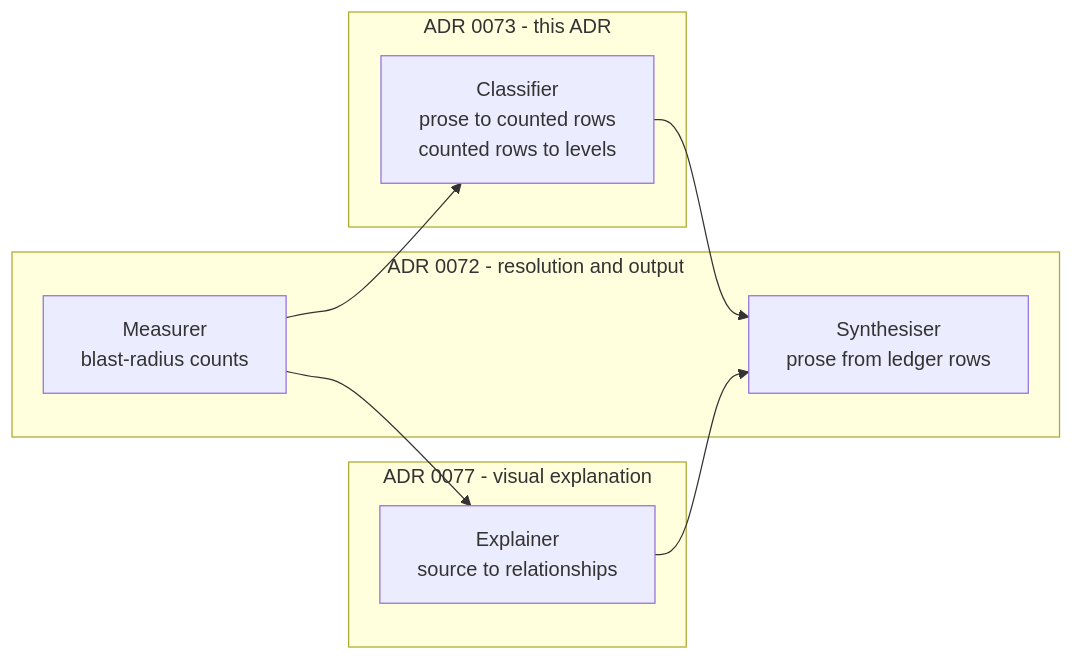
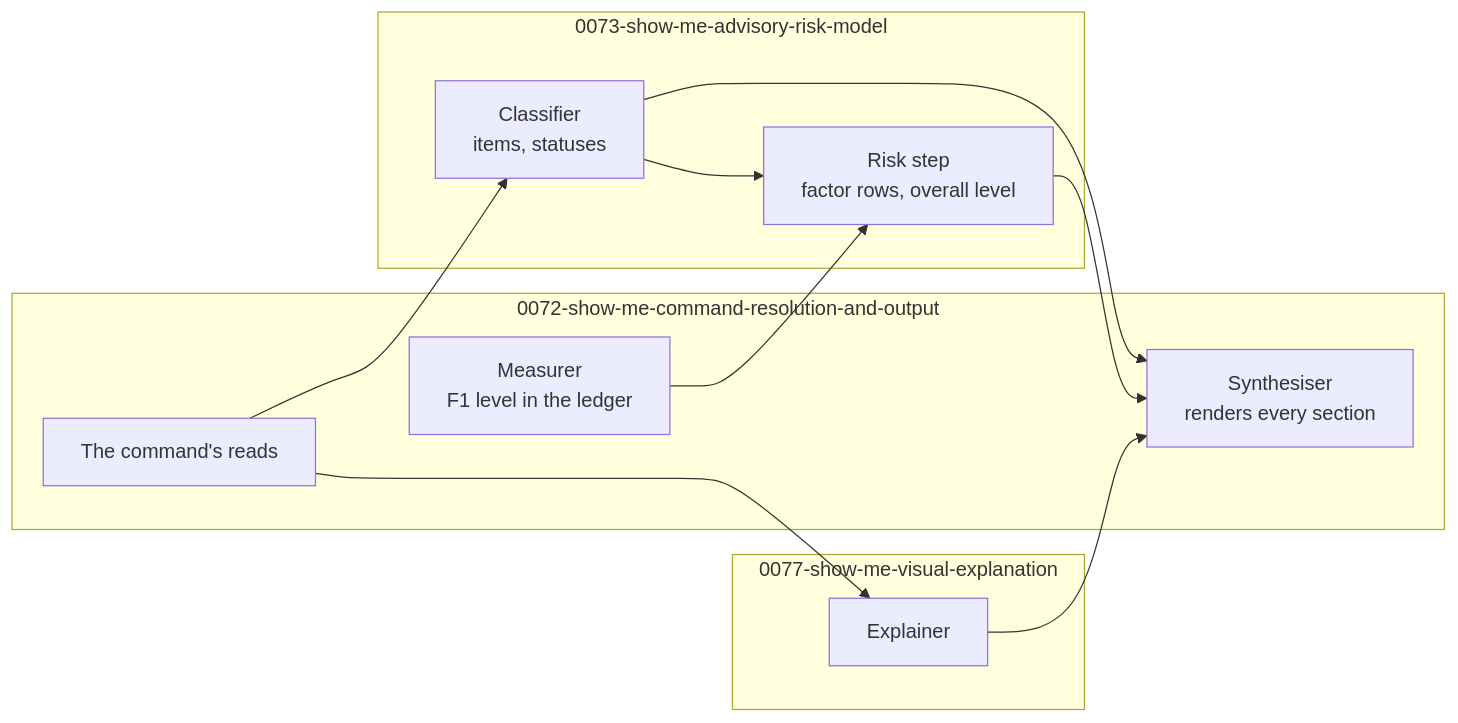
Before and after one commit to BrighterCommand/Brighter: the second of 2 diagrams in docs/adr/0073-show-me-advisory-risk-model.md, drawn with Mermaid. The commit also changed other lines of this file and 6 other files, not shown here.

````diff
--- a/docs/adr/0073-show-me-advisory-risk-model.md
+++ b/docs/adr/0073-show-me-advisory-risk-model.md
@@ -128,17 +164,22 @@
 ```mermaid
 flowchart LR
-    subgraph ADR0072["ADR 0072 - resolution and output"]
-        M["Measurer<br/>blast-radius counts"]
-        S["Synthesiser<br/>prose from ledger rows"]
+    subgraph ADR0072["0072-show-me-command-resolution-and-output"]
+        M["Measurer<br/>F1 level in the ledger"]
+        RD["The command's reads"]
+        S["Synthesiser<br/>renders every section"]
     end
-    subgraph ADR0073["ADR 0073 - this ADR"]
-        CL["Classifier<br/>prose to counted rows<br/>counted rows to levels"]
+    subgraph ADR0073["0073-show-me-advisory-risk-model"]
+        CL["Classifier<br/>items, statuses"]
+        RK["Risk step<br/>factor rows, overall level"]
     end
-    subgraph ADR0077["ADR 0077 - visual explanation"]
-        EX["Explainer<br/>source to relationships"]
+    subgraph ADR0077["0077-show-me-visual-explanation"]
+        EX["Explainer"]
     end
-    M --> CL
+    RD --> CL
+    RD --> EX
+    CL --> RK
+    M --> RK
     CL --> S
-    M --> EX
+    RK --> S
     EX --> S
 ```
````
